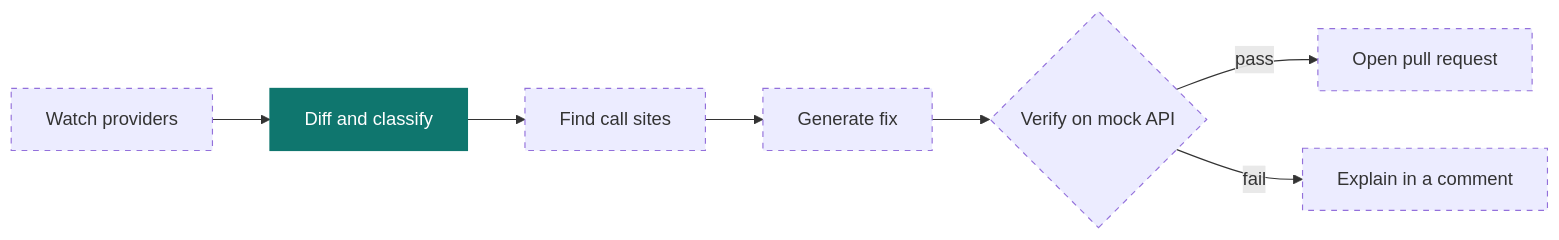
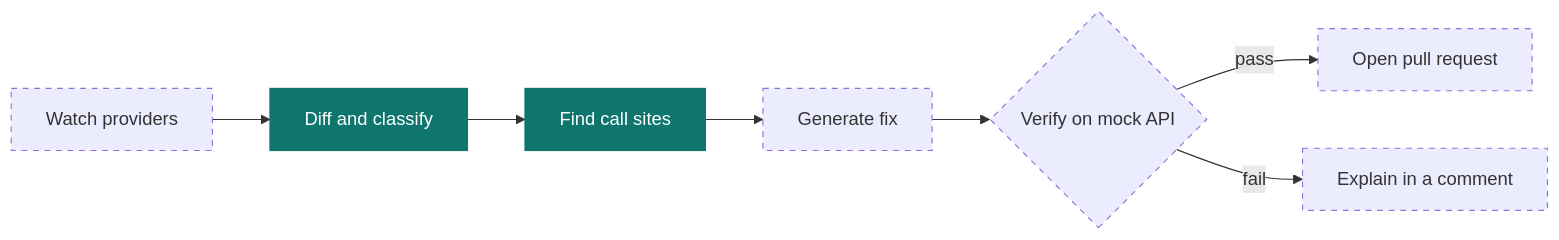
Before and after one commit to RedHairPirates007/apimend: the diagram in README.md, drawn with Mermaid. The commit also changed other lines of this file, not shown here.

Commit message:
Docs: document apimend scan and update roadmap

````diff
--- a/README.md
+++ b/README.md
@@ -124,14 +155,14 @@
 ```mermaid
 flowchart LR
     A[Watch providers] --> B[Diff and classify]
     B --> C[Find call sites]
     C --> D[Generate fix]
     D --> E{Verify on mock API}
     E -- pass --> F[Open pull request]
     E -- fail --> G[Explain in a comment]
 
     classDef done fill:#0F766E,stroke:#0F766E,color:#ffffff
     classDef planned stroke-dasharray:5 5
-    class B done
-    class A,C,D,E,F,G planned
+    class B,C done
+    class A,D,E,F,G planned
 ```
````
